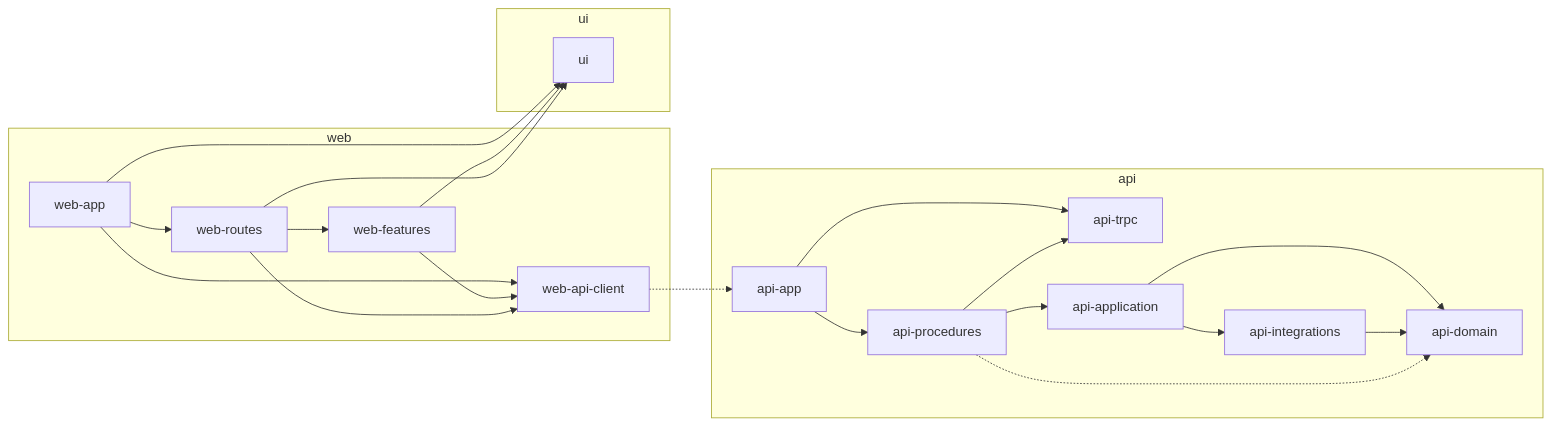
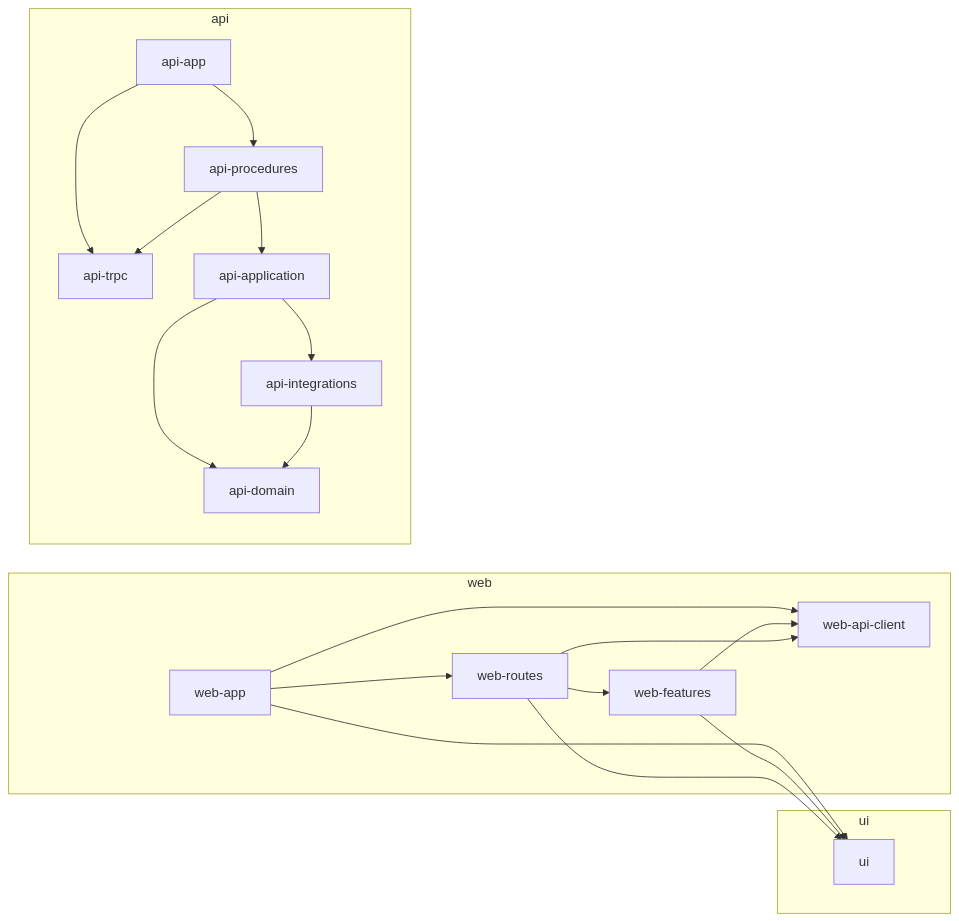
One commit to BenSheridanEdwards/AgenticRepoTemplate changed the diagram in docs/architecture/roles.mmd. Above: the diagram before and after it, drawn with Mermaid. The commit also changed 7 other files, not shown here.

First line of the commit message:
feat(architecture): allow a type-only import between any two roles

```diff
--- a/docs/architecture/roles.mmd
+++ b/docs/architecture/roles.mmd
@@ -1,36 +1,34 @@
-%% Generated by tooling/architecture/diagram.mjs (pnpm arch:diagram): every role and allowed direction in .fallowrc.jsonc. Do not edit.
+%% Generated by tooling/architecture/diagram.mjs (pnpm arch:diagram): every role and value direction in .fallowrc.jsonc; any role may import types from any other role. Do not edit.
 flowchart LR
   subgraph kind_web["web"]
     web_app["web-app"]
     web_api_client["web-api-client"]
     web_routes["web-routes"]
     web_features["web-features"]
   end
   subgraph kind_api["api"]
     api_app["api-app"]
     api_trpc["api-trpc"]
     api_procedures["api-procedures"]
     api_application["api-application"]
     api_domain["api-domain"]
     api_integrations["api-integrations"]
   end
   subgraph kind_ui["ui"]
     ui["ui"]
   end
   api_app --> api_procedures
   api_app --> api_trpc
   api_application --> api_domain
   api_application --> api_integrations
   api_integrations --> api_domain
   api_procedures --> api_application
-  api_procedures -.-> api_domain
   api_procedures --> api_trpc
-  web_api_client -.-> api_app
   web_app --> ui
   web_app --> web_api_client
   web_app --> web_routes
   web_features --> ui
   web_features --> web_api_client
   web_routes --> ui
   web_routes --> web_api_client
   web_routes --> web_features
```
